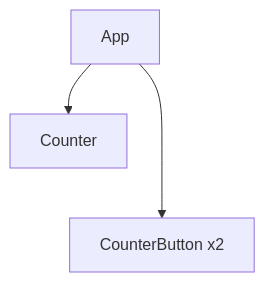
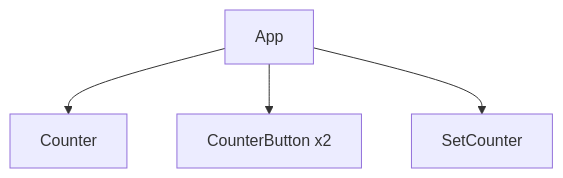
Before and after one commit to thekartikwalia/react-advanced: the diagram in README.md, drawn with Mermaid. The commit also changed other lines of this file and 2 other files, not shown here.

Commit message:
Avoided redundant re-rendering of CounterButton due to function passing (Learned useCallback hook)

````diff
--- a/README.md
+++ b/README.md
@@ -2,5 +2,6 @@
 ```mermaid
 graph TD
     A[App] --> B[Counter]
-    A ---> C[CounterButton x2]
+    A[App] --> C[CounterButton x2]
+    A[App] --> D[SetCounter]
 ```
````
